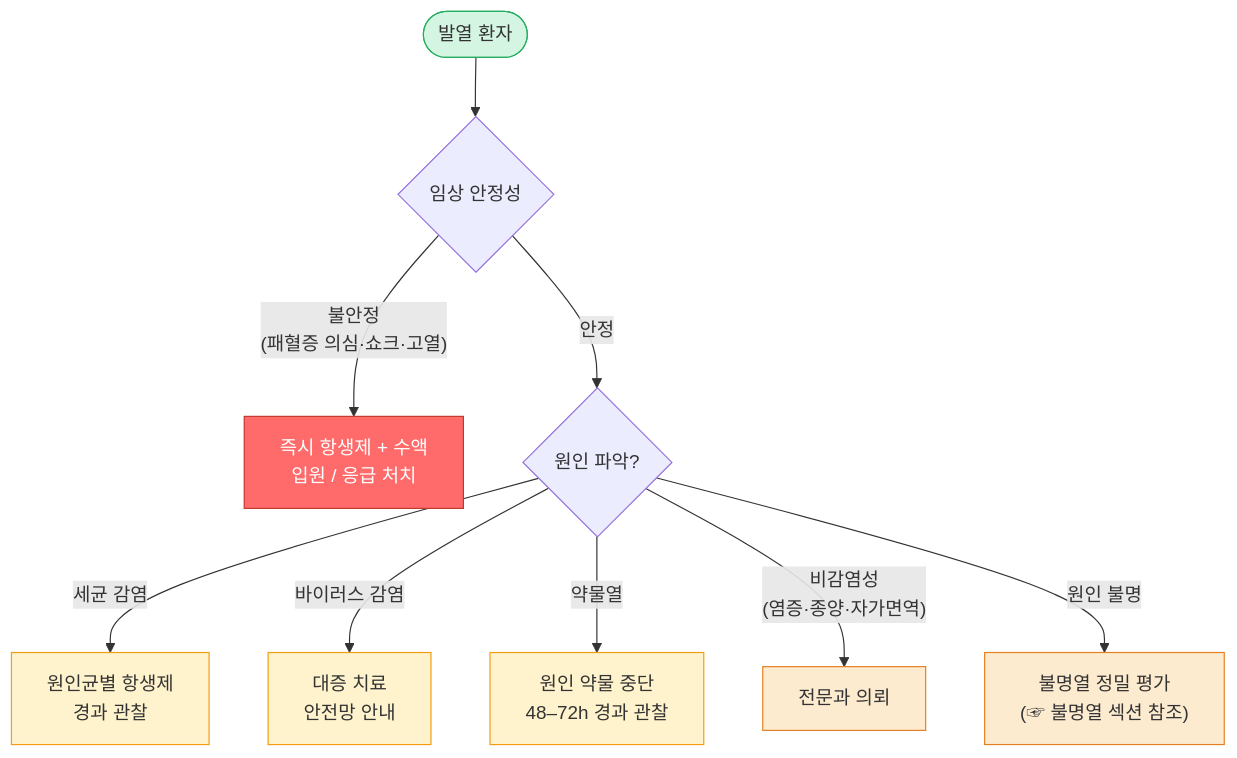
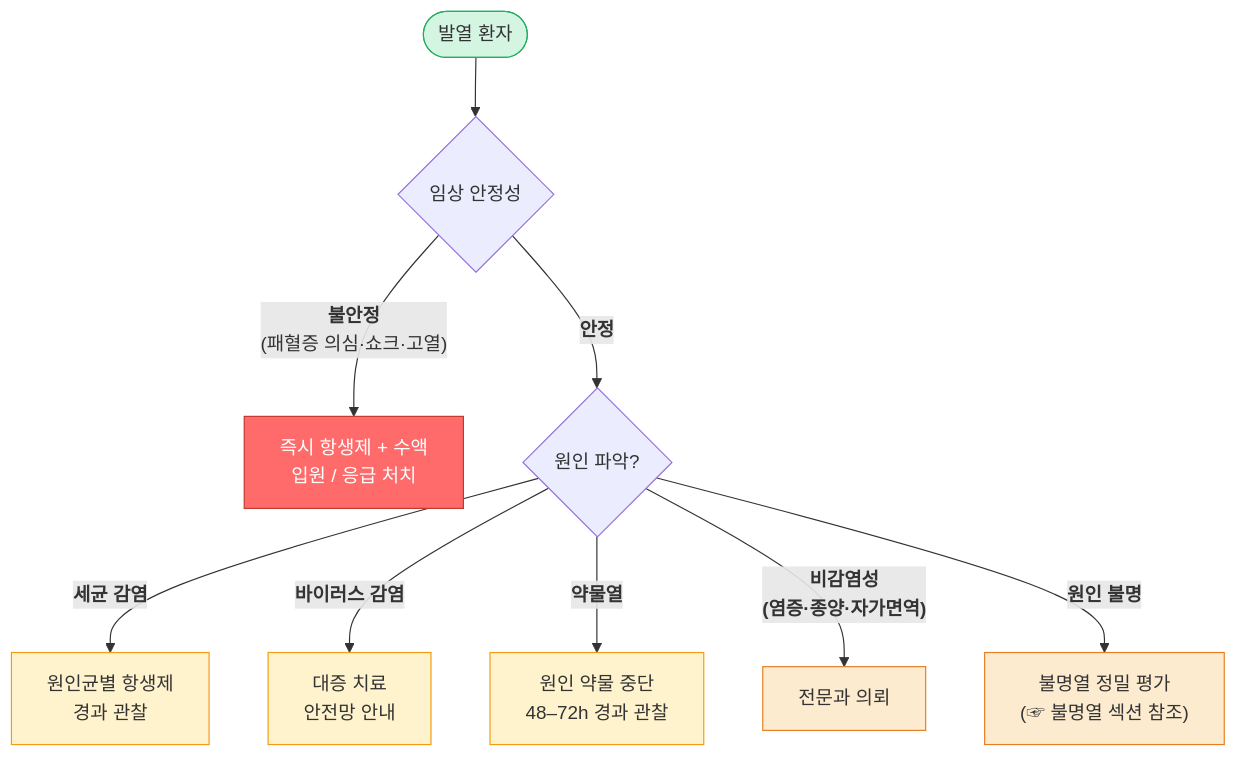
The second of 2 diagrams in 220_/011_-fever.md (familyoh77/familyoh77), drawn with Mermaid before and after one commit. The commit also changed other lines of this file, not shown here.

````diff
--- a/220_/011_-fever.md
+++ b/220_/011_-fever.md
@@ -184,21 +177,21 @@
 ```mermaid
 graph TD
     A([발열 환자]) --> B{임상 안정성}
-    B -->|"불안정<br/>(패혈증 의심·쇼크·고열)"| C["즉시 항생제 + 수액<br/>입원 / 응급 처치"]
-    B -->|안정| D{원인 파악?}
-    D -->|세균 감염| E["원인균별 항생제<br/>경과 관찰"]
-    D -->|바이러스 감염| F["대증 치료<br/>안전망 안내"]
-    D -->|약물열| G["원인 약물 중단<br/>48–72h 경과 관찰"]
-    D -->|"비감염성<br/>(염증·종양·자가면역)"| H["전문과 의뢰"]
-    D -->|원인 불명| I["불명열 정밀 평가<br/>(☞ 불명열 섹션 참조)"]
+    B -->|"<b>불안정</b><br/>(패혈증 의심·쇼크·고열)"| C["즉시 항생제 + 수액<br/>입원 / 응급 처치"]
+    B -->|<b>안정</b>| D{원인 파악?}
+    D -->|<b>세균 감염</b>| E["원인균별 항생제<br/>경과 관찰"]
+    D -->|<b>바이러스 감염</b>| F["대증 치료<br/>안전망 안내"]
+    D -->|<b>약물열</b>| G["원인 약물 중단<br/>48–72h 경과 관찰"]
+    D -->|"<b>비감염성<br/>(염증·종양·자가면역)</b>"| H["전문과 의뢰"]
+    D -->|<b>원인 불명</b>| I["불명열 정밀 평가<br/>(☞ 불명열 섹션 참조)"]
 
     classDef red    fill:#ff6b6b,stroke:#c0392b,color:#fff
     classDef green  fill:#d5f5e3,stroke:#27ae60
     classDef yellow fill:#fff3cd,stroke:#f39c12
     classDef orange fill:#fdebd0,stroke:#e67e22
 
     class A green
     class C red
     class E,F,G yellow
     class H,I orange
 ```
````
